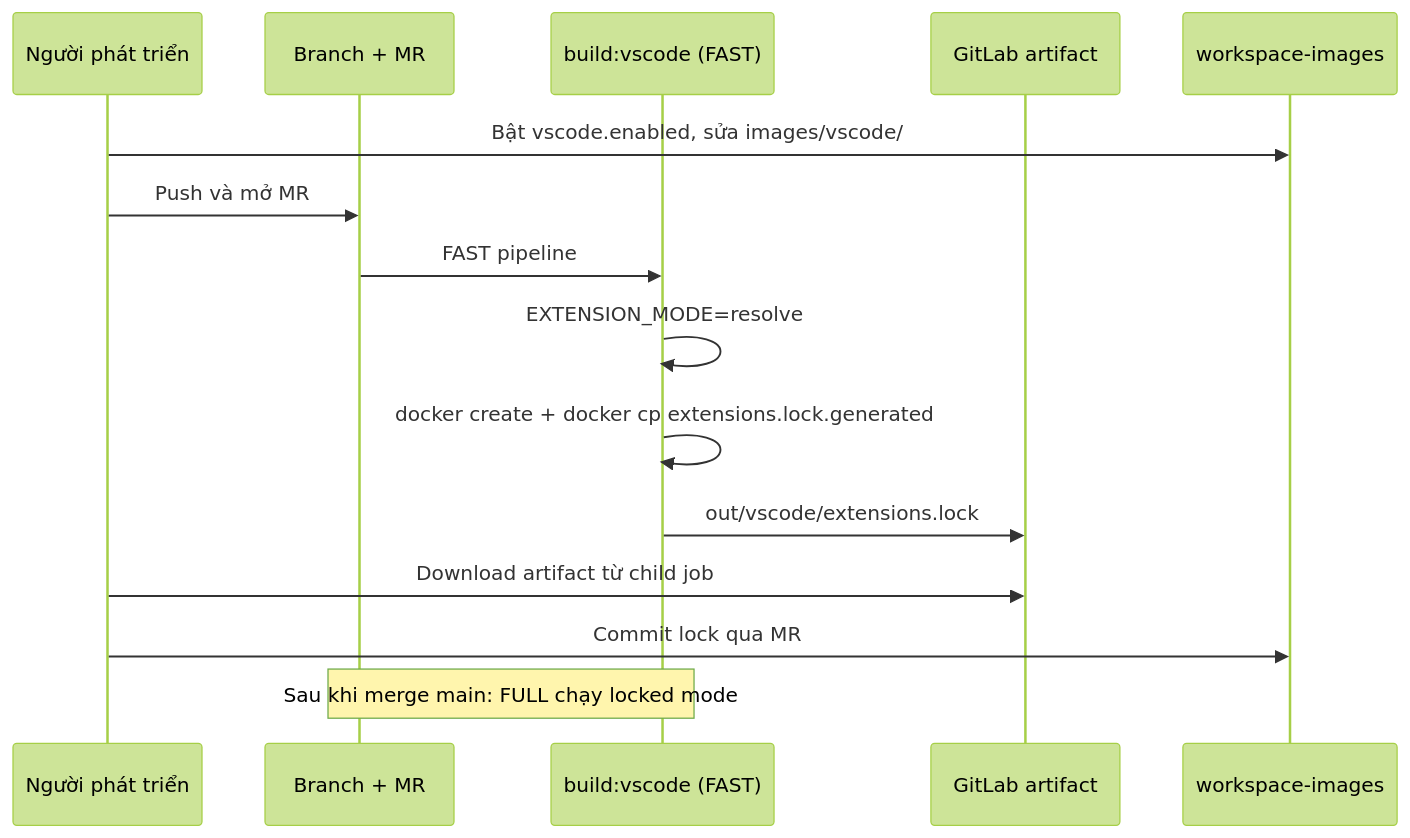
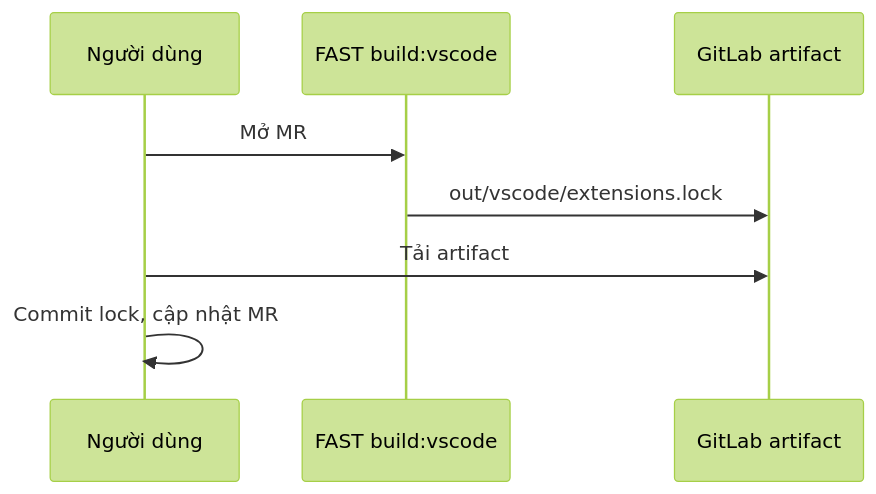
Before and after one commit to solution156/ci-core: the fourth of 4 diagrams in README.md, drawn with Mermaid (forest theme). The commit also changed other lines of this file, not shown here.

````diff
--- a/README.md
+++ b/README.md
@@ -241,18 +130,11 @@
 ```mermaid
 sequenceDiagram
-    participant Dev as Người phát triển
-    participant MR as Branch + MR
-    participant CI as build:vscode (FAST)
+    participant Dev as Người dùng
+    participant CI as FAST build:vscode
     participant GL as GitLab artifact
-    participant WS as workspace-images
 
-    Dev->>WS: Bật vscode.enabled, sửa images/vscode/
-    Dev->>MR: Push và mở MR
-    MR->>CI: FAST pipeline
-    CI->>CI: EXTENSION_MODE=resolve
-    CI->>CI: docker create + docker cp extensions.lock.generated
+    Dev->>CI: Mở MR
     CI->>GL: out/vscode/extensions.lock
-    Dev->>GL: Download artifact từ child job
-    Dev->>WS: Commit lock qua MR
-    Note over MR,CI: Sau khi merge main: FULL chạy locked mode
+    Dev->>GL: Tải artifact
+    Dev->>Dev: Commit lock, cập nhật MR
 ```
````
